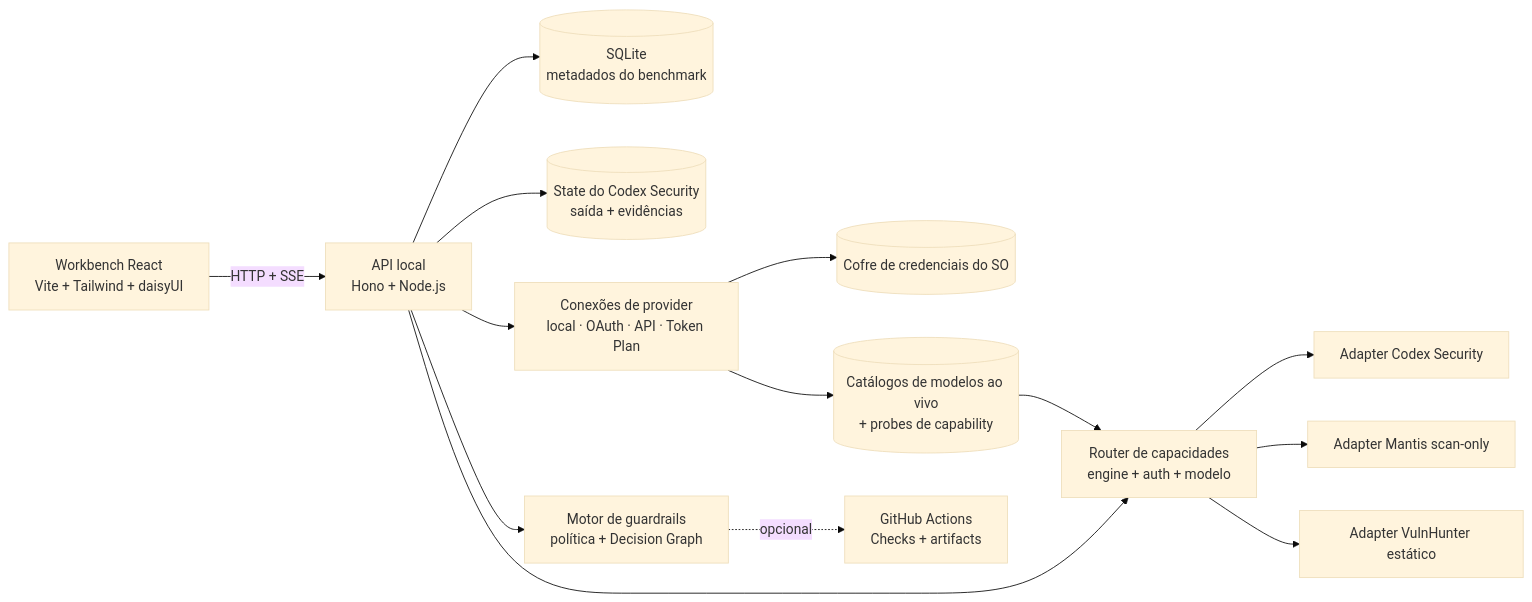
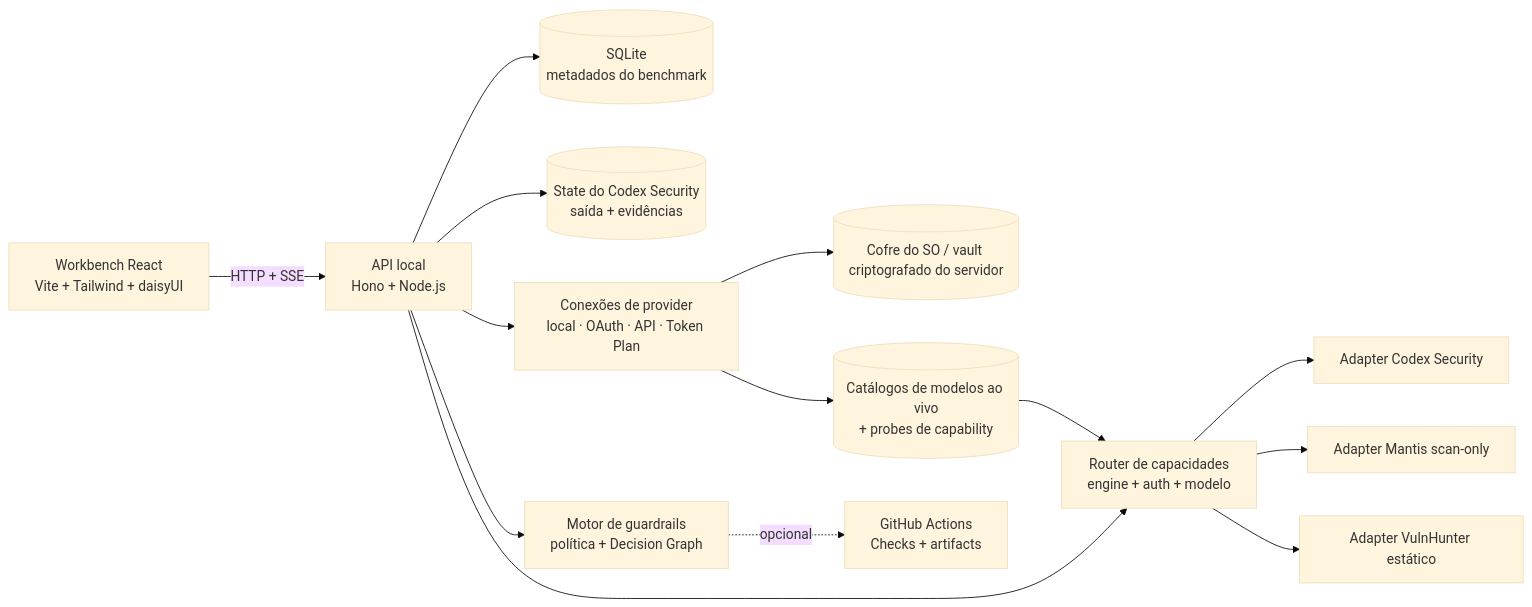
Before and after one commit to OkamiOps/okami-sentinel: the diagram in README.pt-BR.md, drawn with Mermaid (base theme). The commit also changed other lines of this file and 4 other files, not shown here.

````diff
--- a/README.pt-BR.md
+++ b/README.pt-BR.md
@@ -148,30 +148,30 @@
 ```mermaid
 flowchart LR
     UI["Workbench React\nVite + Tailwind + daisyUI"]
     API["API local\nHono + Node.js"]
     DB[("SQLite\nmetadados do benchmark")]
     STATE[("State do Codex Security\nsaída + evidências")]
     CONNECTIONS["Conexões de provider\nlocal · OAuth · API · Token Plan"]
-    VAULT[("Cofre de credenciais do SO")]
+    VAULT[("Cofre do SO / vault criptografado do servidor")]
     MODELS[("Catálogos de modelos ao vivo\n+ probes de capability")]
     ROUTER["Router de capacidades\nengine + auth + modelo"]
     CODEXSEC["Adapter Codex Security"]
     MANTIS["Adapter Mantis scan-only"]
     VULNHUNTER["Adapter VulnHunter estático"]
     GATE["Motor de guardrails\npolítica + Decision Graph"]
     GH["GitHub Actions\nChecks + artifacts"]
 
     UI -->|HTTP + SSE| API
     API --> DB
     API --> STATE
     API --> CONNECTIONS
     CONNECTIONS --> VAULT
     CONNECTIONS --> MODELS
     MODELS --> ROUTER
     API --> ROUTER
     ROUTER --> CODEXSEC
     ROUTER --> MANTIS
     ROUTER --> VULNHUNTER
     API --> GATE
     GATE -. opcional .-> GH
 ```
````
